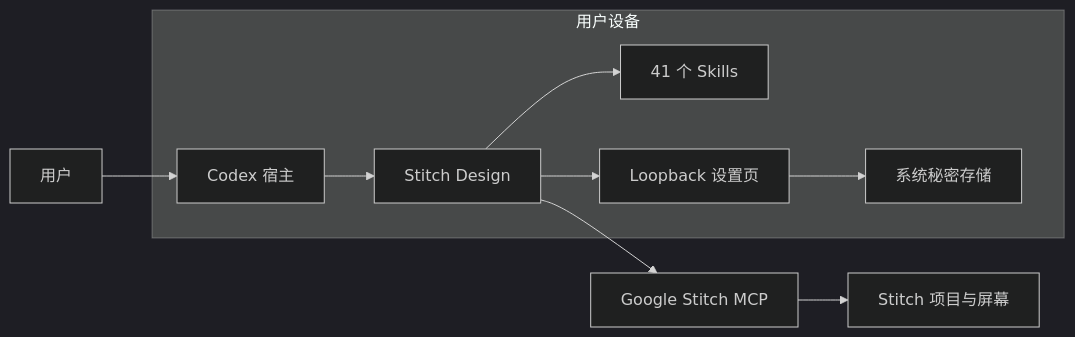
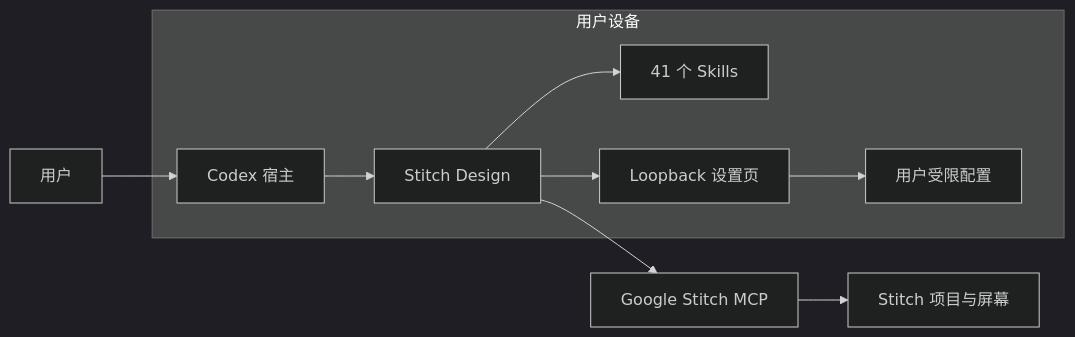
Before and after one commit to full-stack-plugins/stitch-design-plugin: the second of 11 diagrams in docs/Stitch-Design-Architecture.zh_CN.md, drawn with Mermaid (dark theme). The commit also changed other lines of this file and 20 other files, not shown here.

````diff
--- a/docs/Stitch-Design-Architecture.zh_CN.md
+++ b/docs/Stitch-Design-Architecture.zh_CN.md
@@ -41,17 +41,17 @@
 ```mermaid
 flowchart LR
     User["用户"] --> Codex["Codex 宿主"]
     Codex --> Plugin["Stitch Design"]
     Plugin --> Skills["41 个 Skills"]
     Plugin --> Setup["Loopback 设置页"]
     Plugin --> MCP["Google Stitch MCP"]
-    Setup --> Config["系统秘密存储"]
+    Setup --> Config["用户受限配置"]
     MCP --> Stitch["Stitch 项目与屏幕"]
     subgraph Local["用户设备"]
       Codex
       Plugin
       Skills
       Setup
       Config
     end
 ```
````
